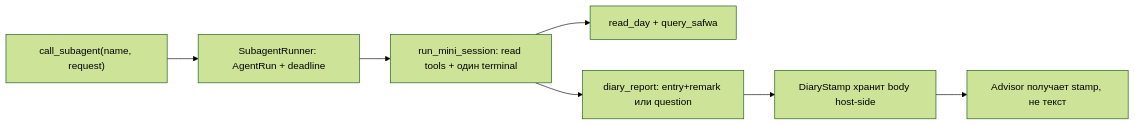
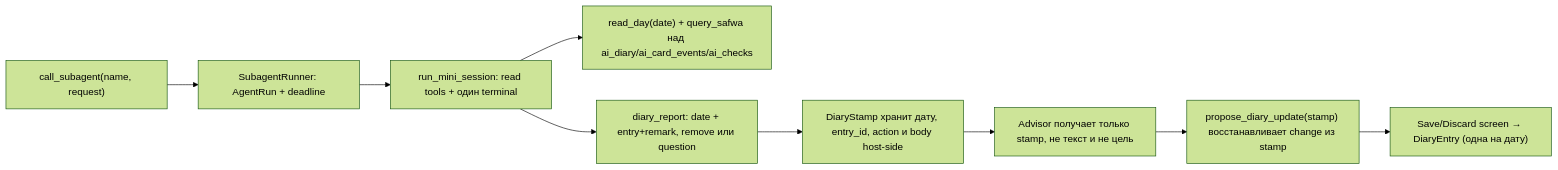
Before and after one commit to myvaheed/tg-ai-safwa: the sixth of 12 diagrams in docs/STRUCTURE_GRAPH.md, drawn with Mermaid (forest theme). The commit also changed other lines of this file and 23 other files, not shown here.

````diff
--- a/docs/STRUCTURE_GRAPH.md
+++ b/docs/STRUCTURE_GRAPH.md
@@ -190,9 +190,11 @@
 ```mermaid
 flowchart LR
     CALL["call_subagent(name, request)"] --> RUNNER["SubagentRunner: AgentRun + deadline"]
     RUNNER --> MINI["run_mini_session: read tools + один terminal"]
-    MINI --> READ["read_day + query_safwa"]
-    MINI --> REPORT["diary_report: entry+remark или question"]
-    REPORT --> STAMP["DiaryStamp хранит body host-side"]
-    STAMP --> RESULT["Advisor получает stamp, не текст"]
+    MINI --> READ["read_day(date) + query_safwa над ai_diary/ai_card_events/ai_checks"]
+    MINI --> REPORT["diary_report: date + entry+remark, remove или question"]
+    REPORT --> STAMP["DiaryStamp хранит дату, entry_id, action и body host-side"]
+    STAMP --> RESULT["Advisor получает только stamp, не текст и не цель"]
+    RESULT --> PROPOSE["propose_diary_update(stamp) восстанавливает change из stamp"]
+    PROPOSE --> SCREEN["Save/Discard screen → DiaryEntry (одна на дату)"]
 ```
````
